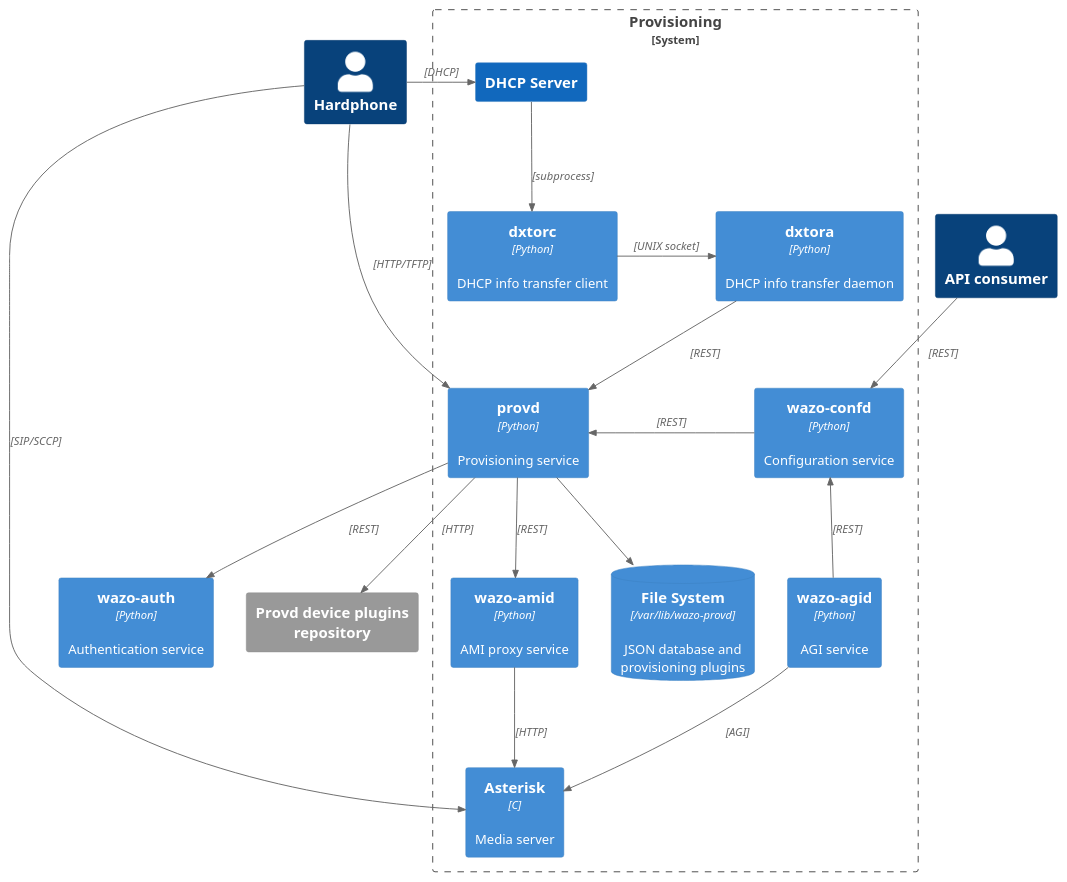
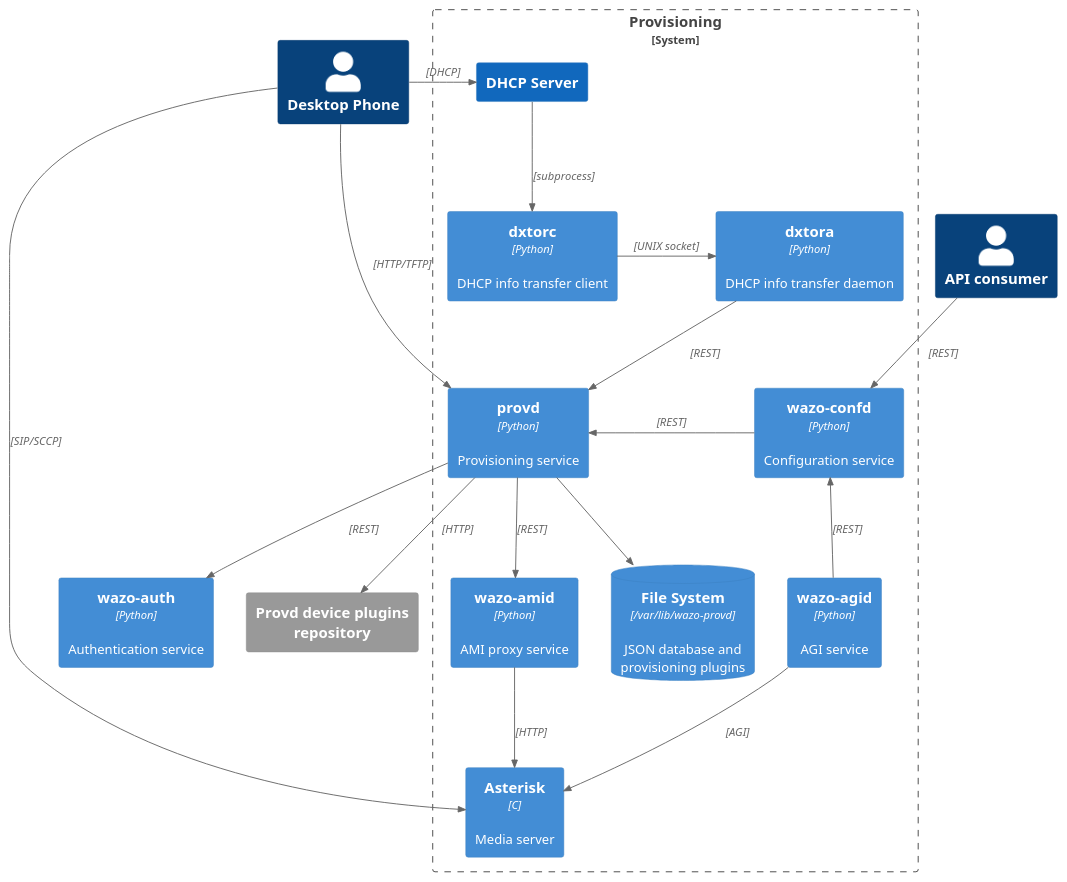
One commit to wazo-platform/wazo-platform.org changed the diagram in content/provd/diagram.puml. Above: the diagram before and after it, drawn with PlantUML. The commit also changed 2 other files, not shown here.

Commit message:
rename hardphone to desktop phone

```diff
--- a/content/provd/diagram.puml
+++ b/content/provd/diagram.puml
@@ -1,48 +1,48 @@
 @startuml
 !include C4_Container.puml
 
 hide stereotype
 
-Person(phone, "Hardphone")
+Person(phone, "Desktop Phone")
 Person(consumer, "API consumer")
 
 System_Boundary(provd_system, "Provisioning") {
     Container(provd_app, "provd", "Python", "Provisioning service")
     Container(dxtorc, "dxtorc", "Python", "DHCP info transfer client")
     Container(dxtora, "dxtora", "Python", "DHCP info transfer daemon")
     System(dhcp_server, "DHCP Server")
     Container(asterisk, "Asterisk", "C", "Media server")
     Container(confd, "wazo-confd", "Python", "Configuration service") [["../documentation/overview/configuration.html"]]
     Container(agid, "wazo-agid", "Python", "AGI service")
     Container(amid, "wazo-amid", "Python", "AMI proxy service") [["../documentation/overview/amid.html"]]
     ContainerDb(filesystem, "File System", "/var/lib/wazo-provd", "JSON database and provisioning plugins")
 }
 Container(auth, "wazo-auth", "Python", "Authentication service") [["../documentation/overview/authentication.html"]]
 System_Ext(provd_plugins, "Provd device plugins repository")
 
 ' Relationships
 Rel_R(phone, dhcp_server, " ", "DHCP")
 Rel_R(phone, provd_app, " ", "HTTP/TFTP")
 Rel_R(phone, asterisk, " ", "SIP/SCCP")
 
 Rel(agid, asterisk, " ", "AGI")
 Rel_U(agid, confd, " ", "REST")
 
 Rel_D(amid, asterisk, " ", "HTTP")
 Rel(provd_app, amid, " ", "REST")
 
 Rel(dhcp_server, dxtorc, " ", "subprocess")
 Rel_R(dxtorc, dxtora, " ", "UNIX socket")
 Rel(dxtora, provd_app, " ", "REST")
 
 Rel_L(confd, provd_app, " ", "REST")
 
 Rel(provd_app, filesystem, " ")
 Rel(provd_app, auth, " ", "REST")
 
 Rel(consumer, confd, " ", "REST")
 
 Rel(provd_app, provd_plugins, " ", "HTTP")
 
 
 @enduml
```
